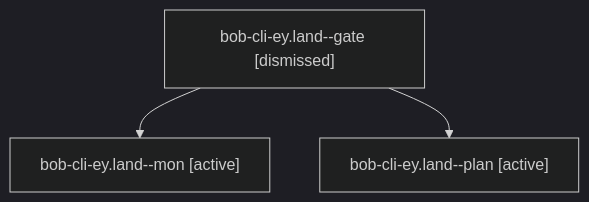
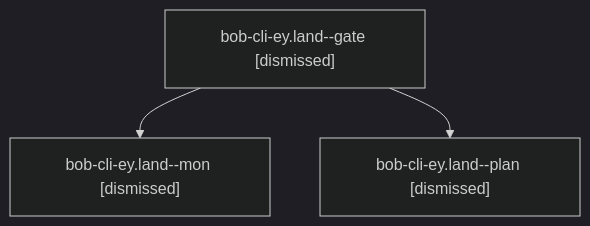
One commit to bobs-org/bob-cli--agents changed the diagram in sessions/bbugyi200.apollo.bob-cli-ey.land.md. Above: the diagram before and after it, drawn with Mermaid (dark theme). The commit also changed other lines of this file and 240 other files, not shown here.

````diff
--- a/sessions/bbugyi200.apollo.bob-cli-ey.land.md
+++ b/sessions/bbugyi200.apollo.bob-cli-ey.land.md
@@ -9,8 +9,8 @@
 ```mermaid
 flowchart TD
   n0["bob-cli-ey.land--gate [dismissed]"]
-  n1["bob-cli-ey.land--mon [active]"]
+  n1["bob-cli-ey.land--mon [dismissed]"]
   n0 --> n1
-  n2["bob-cli-ey.land--plan [active]"]
+  n2["bob-cli-ey.land--plan [dismissed]"]
   n0 --> n2
 ```
````
